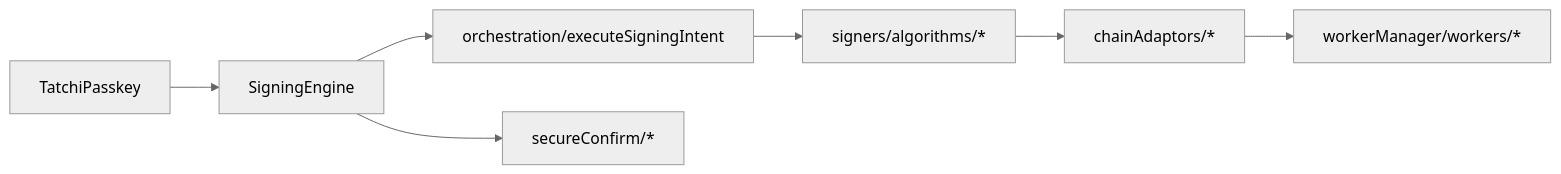
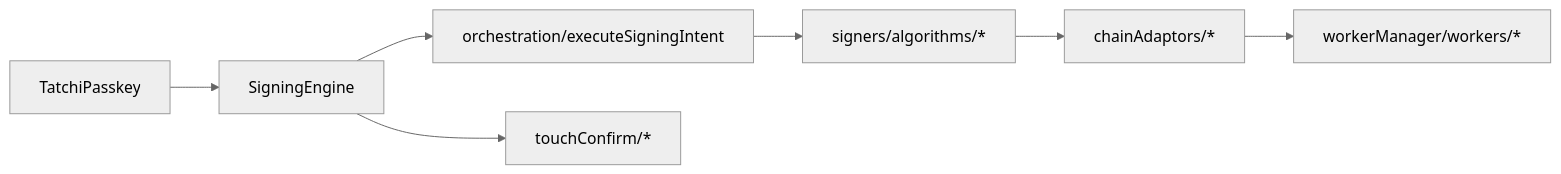
The first of 3 diagrams in client/src/core/signingEngine/README.md (seams-tech/seams-sdk), drawn with Mermaid (neutral theme) before and after one commit. The commit also changed other lines of this file and 63 other files, not shown here.

Commit message:
refactor: rename SecureConfirm* types to UserConfirm*

````diff
--- a/client/src/core/signingEngine/README.md
+++ b/client/src/core/signingEngine/README.md
@@ -37,9 +37,9 @@
 ```mermaid
 flowchart LR
   TP["TatchiPasskey"] --> SE["SigningEngine"]
   SE --> ORCH["orchestration/executeSigningIntent"]
   ORCH --> ENG["signers/algorithms/*"]
   ENG --> CHAINS["chainAdaptors/*"]
-  SE --> SC["secureConfirm/*"]
+  SE --> SC["touchConfirm/*"]
   CHAINS --> WORKERS["workerManager/workers/*"]
 ```
````
